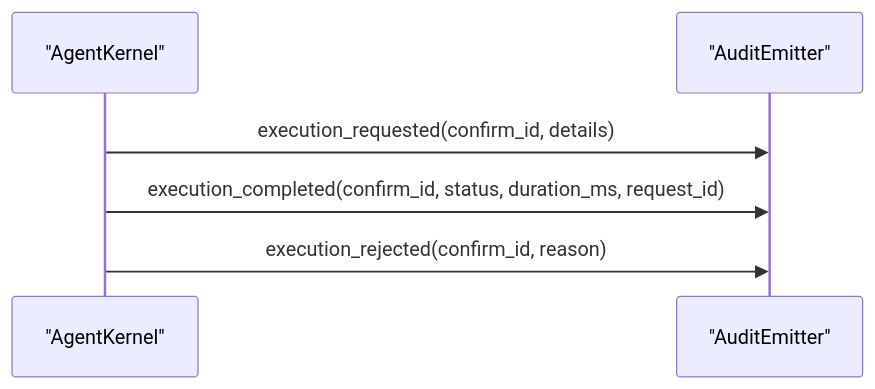
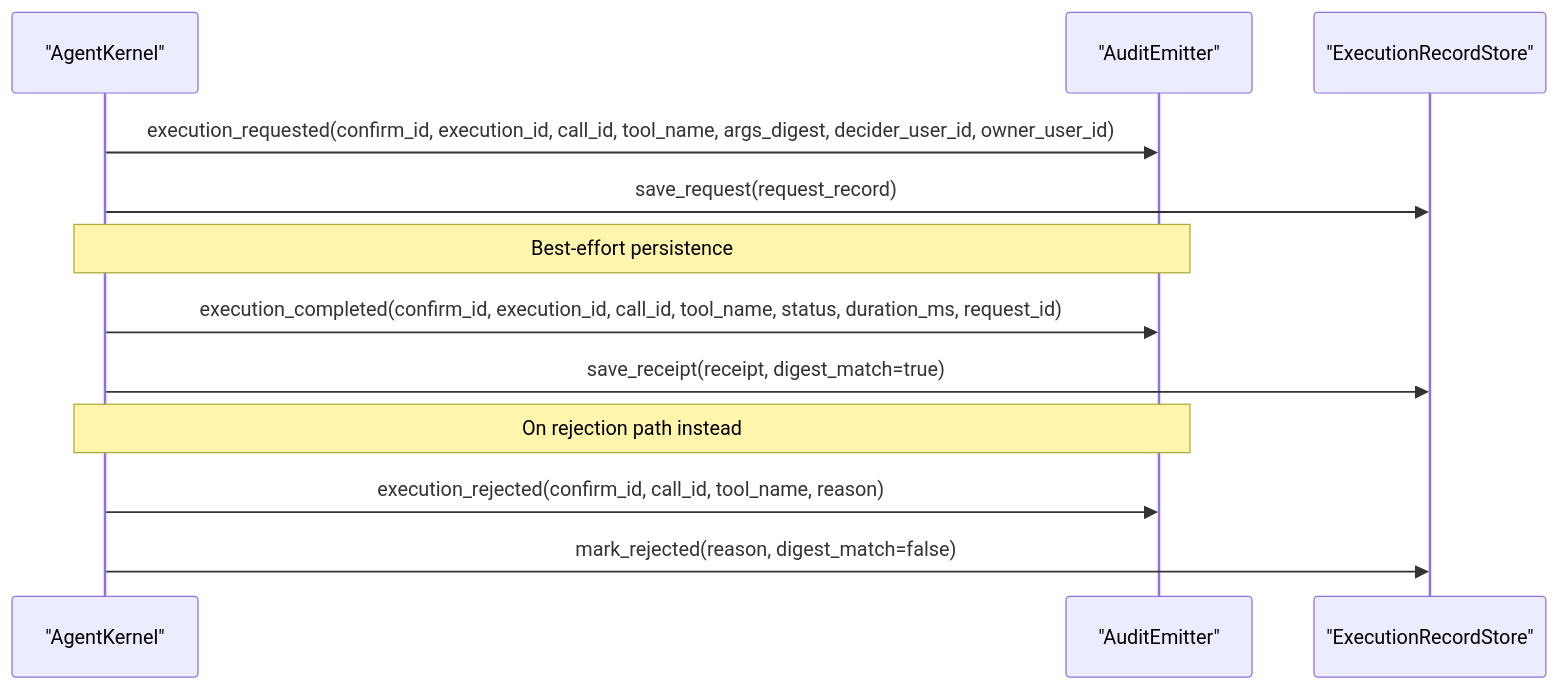
Before and after one commit to metasync/luban-aiops: the sixth of 8 diagrams in .qoder/repowiki/en/content/Architecture Documentation/SPEC-037_ Signed Execution Requests and Receipts.md, drawn with Mermaid. The commit also changed other lines of this file and 27 other files, not shown here.

````diff
--- a/.qoder/repowiki/en/content/Architecture Documentation/SPEC-037_ Signed Execution Requests and Receipts.md
+++ b/.qoder/repowiki/en/content/Architecture Documentation/SPEC-037_ Signed Execution Requests and Receipts.md
@@ -224,8 +259,14 @@
 ```mermaid
 sequenceDiagram
 participant Kernel as "AgentKernel"
 participant Audit as "AuditEmitter"
-Kernel->>Audit : execution_requested(confirm_id, details)
-Kernel->>Audit : execution_completed(confirm_id, status, duration_ms, request_id)
-Kernel->>Audit : execution_rejected(confirm_id, reason)
+participant Store as "ExecutionRecordStore"
+Kernel->>Audit : execution_requested(confirm_id, execution_id, call_id, tool_name, args_digest, decider_user_id, owner_user_id)
+Kernel->>Store : save_request(request_record)
+Note over Kernel,Audit : Best-effort persistence
+Kernel->>Audit : execution_completed(confirm_id, execution_id, call_id, tool_name, status, duration_ms, request_id)
+Kernel->>Store : save_receipt(receipt, digest_match=true)
+Note over Kernel,Audit : On rejection path instead
+Kernel->>Audit : execution_rejected(confirm_id, call_id, tool_name, reason)
+Kernel->>Store : mark_rejected(reason, digest_match=false)
 ```
````
